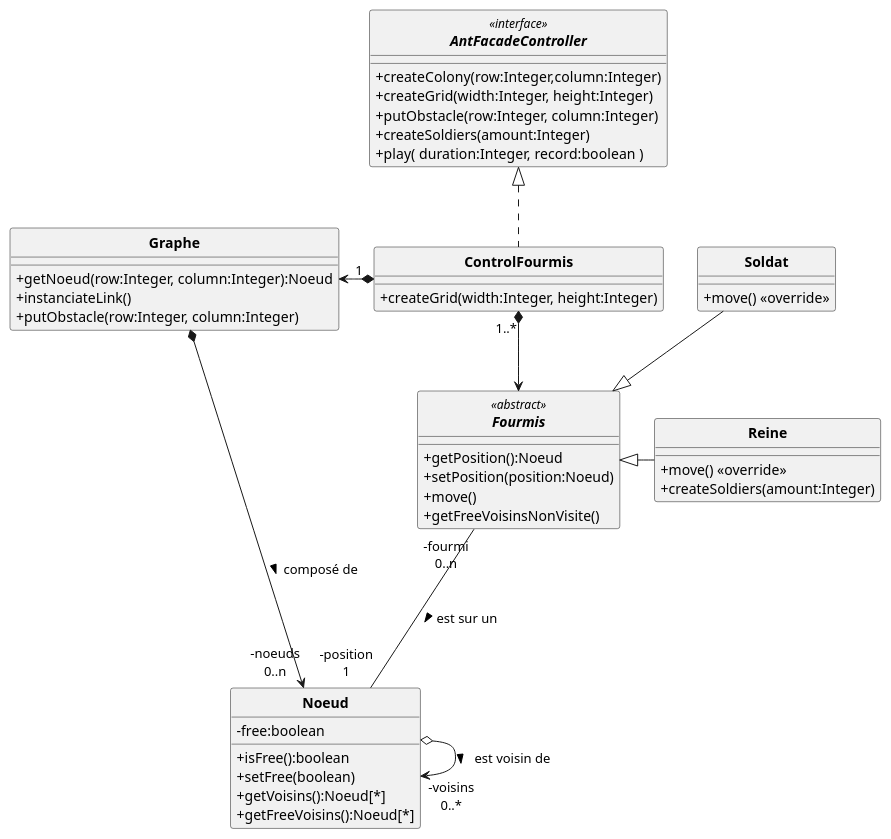
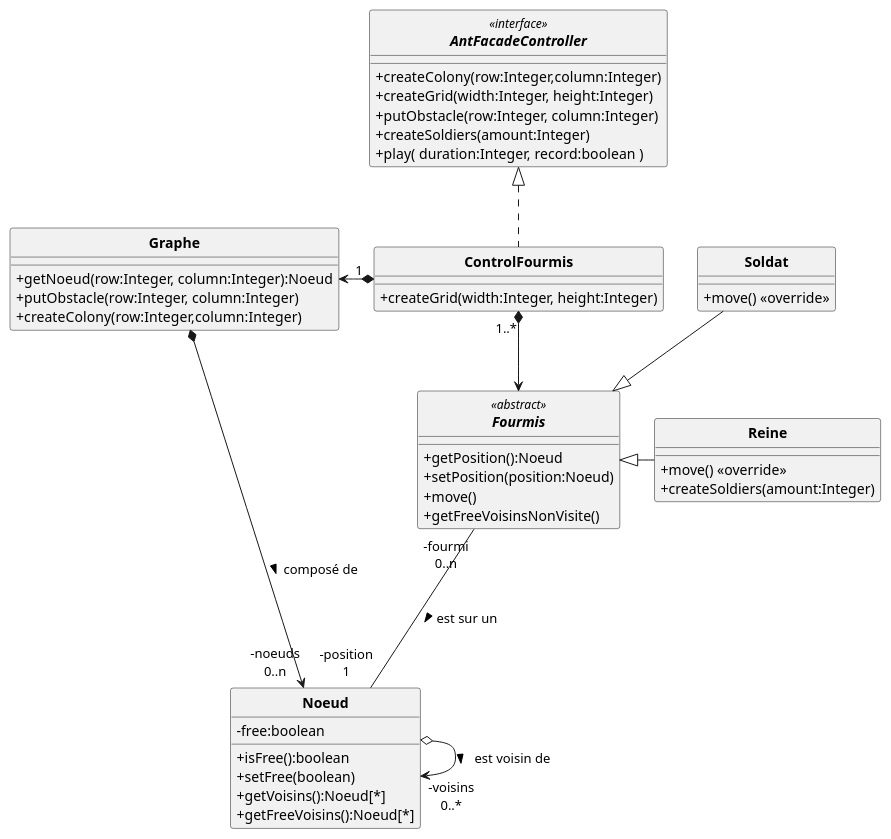
Before and after one commit to ErenMustafaGit/ColonieFourmis: the diagram in src/main/uml/Fourmis_DC.puml, drawn with PlantUML. The commit also changed 1 other file, not shown here.

Commit message:
Modification du Graphe et ajoute du createColony dans la classe Graphe

```diff
--- a/src/main/uml/Fourmis_DC.puml
+++ b/src/main/uml/Fourmis_DC.puml
@@ -1,73 +1,73 @@
 @startuml
 'https://plantuml.com/sequence-diagram
 allow_mixing
 skinparam style strictuml
 skinparam classAttributeIconSize 0
 skinparam circledCharacterRadius 0
 skinparam circledCharacterFontSize 0
 skinparam classFontStyle Bold
 'autonumber
 
 'Controleur
 interface AntFacadeController <<interface>> {
     '+setParameters( evaporationParam:Integer, foodParam:Integer, pheromoneParam:Integer )
     +createColony(row:Integer,column:Integer)
     +createGrid(width:Integer, height:Integer)
     +putObstacle(row:Integer, column:Integer)
     '+putFood( row:Integer, column:Integer, quantity:Integer);
     '+createWorkers( amount:Integer )
     +createSoldiers(amount:Integer)
     '+setAntFile(antLogFile:String);
     +play( duration:Integer, record:boolean )
 }
 
 class Noeud {
     -free:boolean
     +isFree():boolean
     +setFree(boolean)
     +getVoisins():Noeud[*]
     +getFreeVoisins():Noeud[*]
 }
 
 abstract Fourmis <<abstract>> {
     +getPosition():Noeud
     +setPosition(position:Noeud)
     +move()
     +getFreeVoisinsNonVisite()
 }
 class Reine{
     +move() <<override>>
     +createSoldiers(amount:Integer)
 
 }
 class Soldat{
     +move() <<override>>
 }
 
 
 'class Graphe implements projet.v2.AntFacadeController{
 class ControlFourmis implements AntFacadeController{
     +createGrid(width:Integer, height:Integer)
 }
 
 
 class Graphe{
  +getNoeud(row:Integer, column:Integer):Noeud
- +instanciateLink()
  +putObstacle(row:Integer, column:Integer)
+ +createColony(row:Integer,column:Integer)
 }
 
 
 Soldat --|> Fourmis
 Reine -l-|> Fourmis
 
 ControlFourmis "1 " *-l-> Graphe
 ControlFourmis "1..*" *--> Fourmis
 
 Graphe *-r-> "-noeuds\n0..n" Noeud : composé de >
 'historique = liste de noeud déjà passé par la fourmi
 '"-position 1\n-historique 0..*"
 Fourmis "-fourmi\n0..n" --- "-position\n1" Noeud  : est sur un >
 Noeud o-> "-voisins\n0..*"  Noeud  : est voisin de >
 
 @enduml
```
